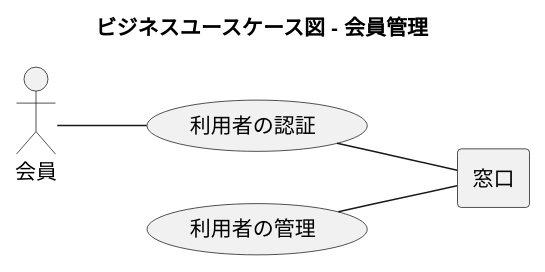
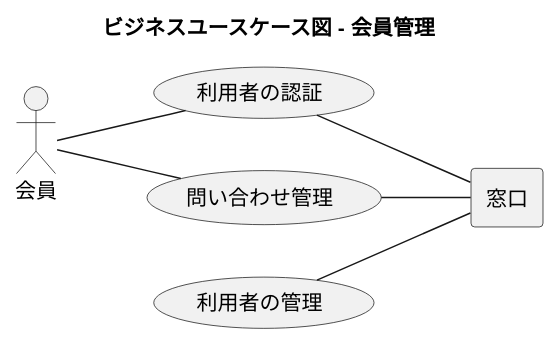
One commit to k2works/case-study-mrs changed the fourth of 29 diagrams in docs/index.adoc. Above: the diagram before and after it, drawn with PlantUML. The commit also changed other lines of this file and 1 other file, not shown here.

Commit message:
feat: 問い合わせ管理

```diff
--- a/docs/index.adoc
+++ b/docs/index.adoc
@@ -136,22 +136,24 @@
 [plantuml]
 ----
 @startuml
 
 title ビジネスユースケース図 - 会員管理
 
 left to right direction
 
 actor 会員 as ac_01
-
 agent 窓口 as ag_01
 
 usecase 利用者の管理 as uc_01
 usecase 利用者の認証 as uc_02
+usecase 問い合わせ管理 as uc_03
 
 ac_01 -- (uc_02)
+ac_01 -- (uc_03)
 
 (uc_01) -- ag_01
 (uc_02) -- ag_01
+(uc_03) -- ag_01
 
 @enduml
 ----
```
